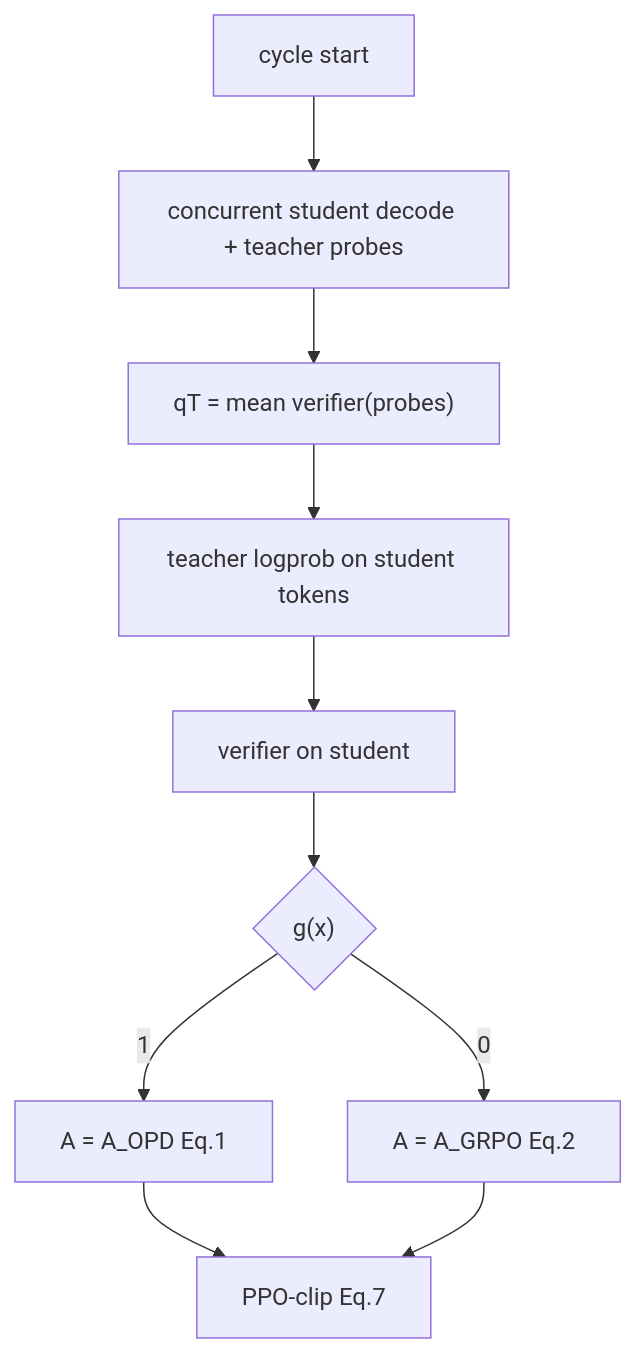
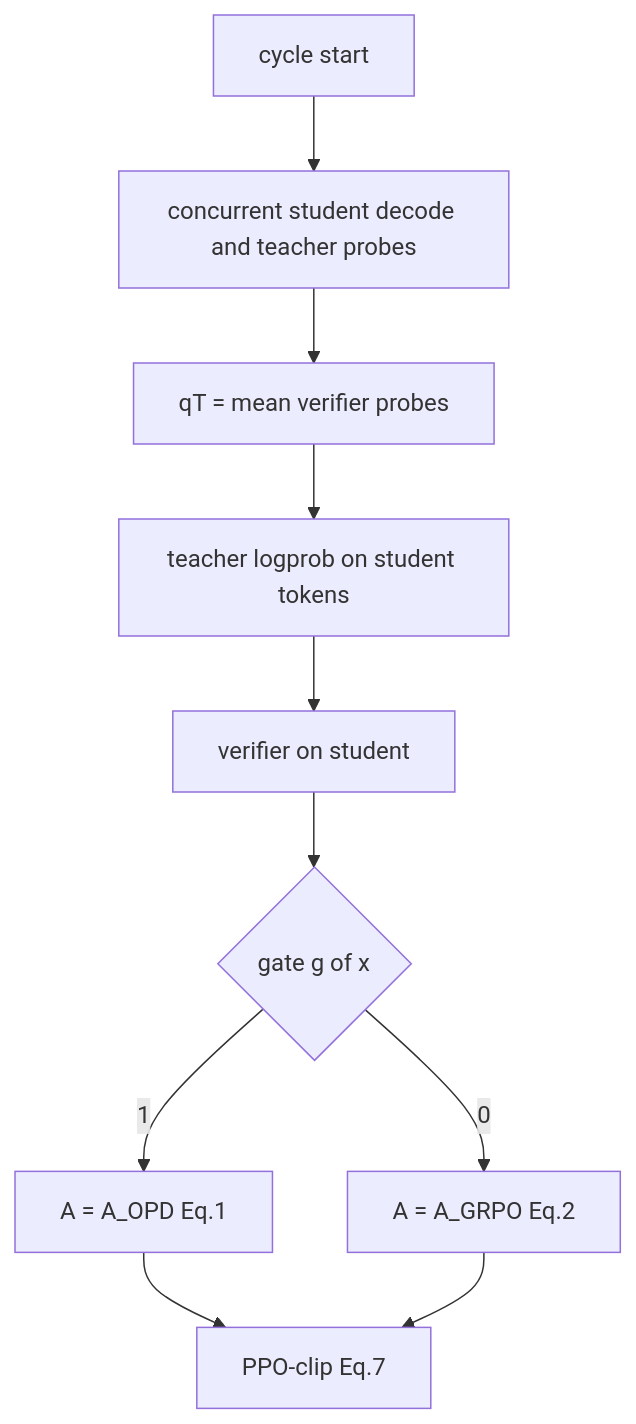
One commit to lying2020/agentic-rl-lab changed the third of 3 diagrams in docs/paper_assist/tgopd/CODE_PAPER_MAP.md. Above: the diagram before and after it, drawn with Mermaid. The commit also changed other lines of this file and 9 other files, not shown here.

````diff
--- a/docs/paper_assist/tgopd/CODE_PAPER_MAP.md
+++ b/docs/paper_assist/tgopd/CODE_PAPER_MAP.md
@@ -64,12 +66,12 @@
 ```mermaid
 flowchart TD
-  A[cycle start] --> B[concurrent student decode + teacher probes]
-  B --> C["qT = mean verifier(probes)"]
+  A[cycle start] --> B[concurrent student decode and teacher probes]
+  B --> C["qT = mean verifier probes"]
   C --> D[teacher logprob on student tokens]
   D --> E[verifier on student]
-  E --> F{"g(x)"}
+  E --> F{"gate g of x"}
   F -->|1| G["A = A_OPD Eq.1"]
   F -->|0| H["A = A_GRPO Eq.2"]
   G --> I[PPO-clip Eq.7]
   H --> I
 ```
````
